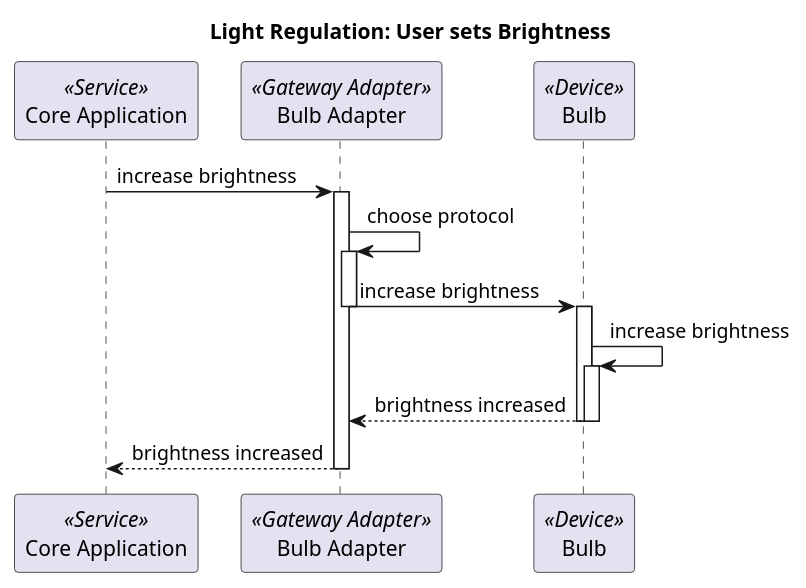
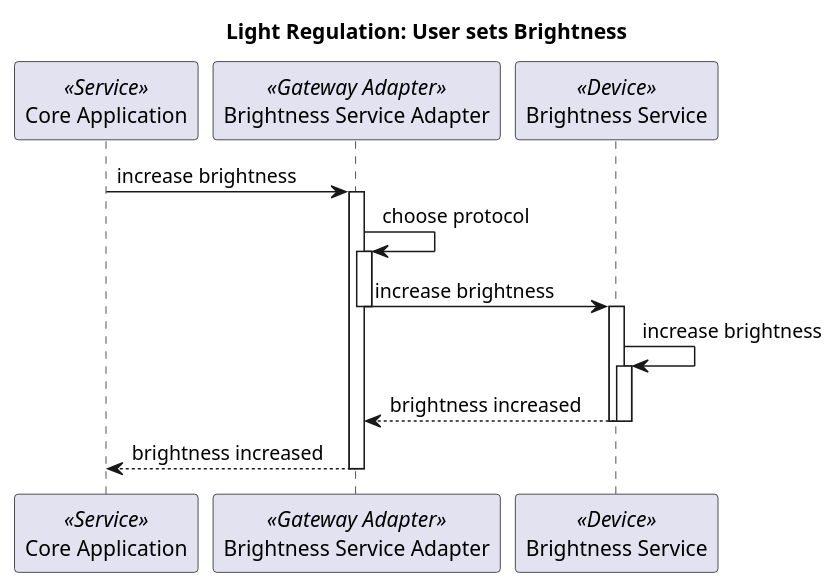
One commit to HaaLeo/NSWI130-Software-System-Architectures changed the diagram in Building_Maintenance/02_Light_Regulation/sequence.pu. Above: the diagram before and after it, drawn with PlantUML. The commit also changed 1 other file, not shown here.

```diff
--- a/Building_Maintenance/02_Light_Regulation/sequence.pu
+++ b/Building_Maintenance/02_Light_Regulation/sequence.pu
@@ -1,21 +1,21 @@
 @startuml sequence
 title Light Regulation: User sets Brightness
 participant ca as "Core Application" <<Service>>
-participant ba as "Bulb Adapter" <<Gateway Adapter>>
-participant b as "Bulb" <<Device>>
+participant ba as "Brightness Service Adapter" <<Gateway Adapter>>
+participant b as "Brightness Service" <<Device>>
 
 ca -> ba: increase brightness
 activate ba
 ba -> ba: choose protocol
 activate ba
 ba -> b: increase brightness
 deactivate ba
 activate b
 b->b: increase brightness
 activate b
 b --> ba: brightness increased
 deactivate b
 deactivate b
 ba --> ca: brightness increased
 deactivate ba
 @enduml
```
